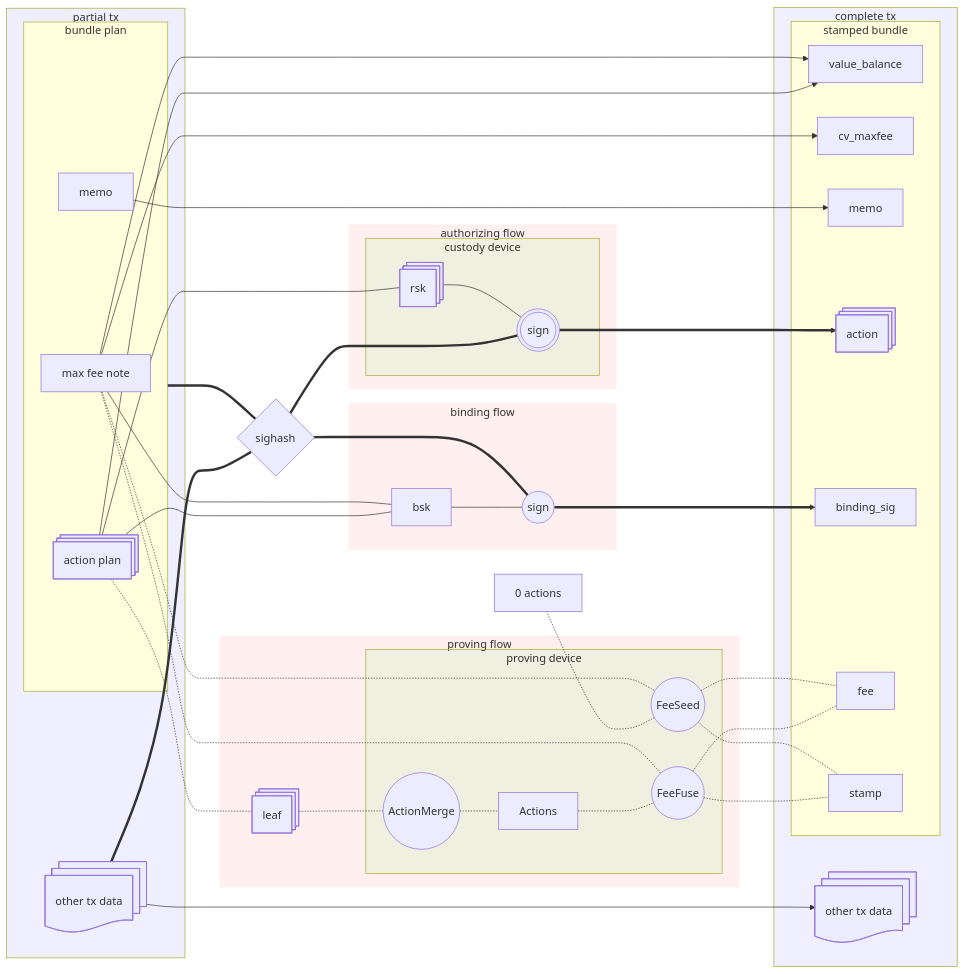
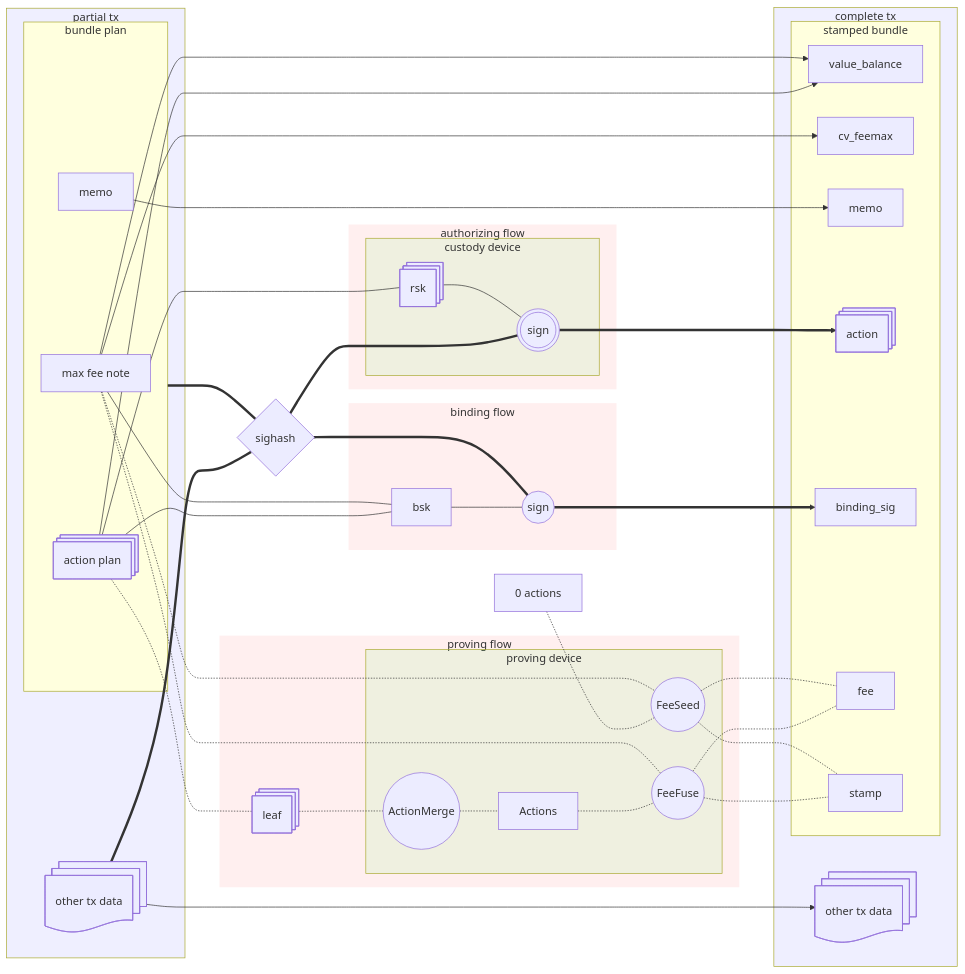
Before and after one commit to tachyon-zcash/tachyon: the second of 3 diagrams in book/src/authorization.md, drawn with Mermaid. The commit also changed other lines of this file and 4 other files, not shown here.

Commit message:
docs: name the max fee commitment cv_feemax and the amount feemax

````diff
--- a/book/src/authorization.md
+++ b/book/src/authorization.md
@@ -182,79 +182,79 @@
 ```mermaid
 flowchart LR
     style proving fill:#ff000010,stroke:none
     style authorization fill:#ff000010,stroke:none
     style binding fill:#ff000010,stroke:none
 
     style custody fill:#00ff0010
     style prover fill:#00ff0010
 
     style pczt fill:#0000ff10
     style tx fill:#0000ff10
 
 
     subgraph pczt[partial tx]
         subgraph bundle_plan["bundle plan"]
             action_plan@{ shape: st-rect, label: "action plan" }
             max_fee_note["max fee note"]
             memo
         end
         other1@{ shape: st-doc, label: "other tx data" } 
     end
     pczt ~~~ sighash{sighash}
     bundle_plan & other1 === sighash 
 
 
     action_plan & max_fee_note --> value_balance
-    max_fee_note --> cv_maxfee
+    max_fee_note --> cv_feemax
     memo --> memo_2[memo]
 
     subgraph tx[complete tx]
         subgraph bundle["stamped bundle"]
             value_balance
             action@{ shape: st-rect }
-            cv_maxfee
+            cv_feemax
             binding_sig
             memo_2[memo]
             fee
             stamp
         end
         other2@{ shape: st-doc, label: "other tx data" }
     end
 
 
 
     subgraph proving["proving flow"]
         leaf@{ shape: st-rect, label: "leaf" }
         subgraph prover["proving device"]
             merge((ActionMerge))
             actions[Actions]
             fee_fuse((FeeFuse))
             fee_seed((FeeSeed))
         end
     end
     action_plan -.- leaf -.- merge -.- actions -.- fee_fuse -.- stamp
     zero_actions["0 actions"] -.- fee_seed -.- stamp
     max_fee_note -.- fee_fuse & fee_seed -.- fee
 
 
     sighash ~~~ binding
     subgraph binding["binding flow"]
         bsk 
         sign_binding_sig(("sign"))
     end
     action_plan & max_fee_note --- bsk --- sign_binding_sig ==> binding_sig
     sighash === sign_binding_sig
 
     sighash ~~~ authorization
     subgraph authorization["authorizing flow"]
         subgraph custody["custody device"]
             rsk@{ shape: st-rect }
             sign_action((("sign")))
         end
     end
     sighash === sign_action
     action_plan --- rsk --- sign_action ==> action
 
     other1 --> other2
     pczt ~~~ sighash
 ```
````
